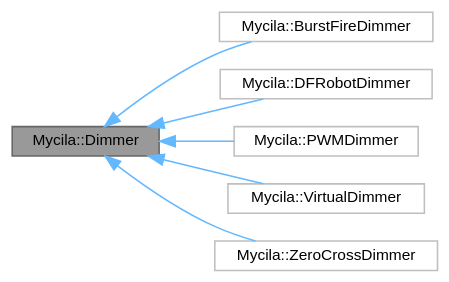
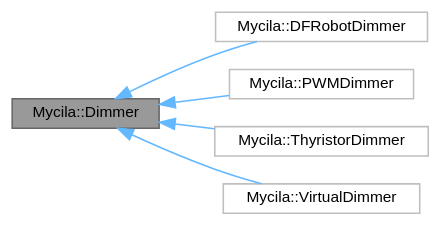
One commit to mathieucarbou/MycilaDimmer changed the diagram in docs/api/class_mycila_1_1_dimmer__inherit__graph.dot. Above: the diagram before and after it, drawn with Graphviz. The commit also changed 54 other files, not shown here.

```diff
--- a/docs/api/class_mycila_1_1_dimmer__inherit__graph.dot
+++ b/docs/api/class_mycila_1_1_dimmer__inherit__graph.dot
@@ -1,19 +1,17 @@
 digraph "Mycila::Dimmer"
 {
  // LATEX_PDF_SIZE
   bgcolor="transparent";
   edge [fontname=Helvetica,fontsize=10,labelfontname=Helvetica,labelfontsize=10];
   node [fontname=Helvetica,fontsize=10,shape=box,height=0.2,width=0.4];
   rankdir="LR";
   Node1 [id="Node000001",label="Mycila::Dimmer",height=0.2,width=0.4,color="gray40", fillcolor="grey60", style="filled", fontcolor="black",tooltip=" "];
   Node1 -> Node2 [id="edge1_Node000001_Node000002",dir="back",color="steelblue1",style="solid",tooltip=" "];
-  Node2 [id="Node000002",label="Mycila::BurstFireDimmer",height=0.2,width=0.4,color="grey75", fillcolor="white", style="filled",URL="$class_mycila_1_1_burst_fire_dimmer.html",tooltip=" "];
+  Node2 [id="Node000002",label="Mycila::DFRobotDimmer",height=0.2,width=0.4,color="grey75", fillcolor="white", style="filled",URL="$class_mycila_1_1_d_f_robot_dimmer.html",tooltip=" "];
   Node1 -> Node3 [id="edge2_Node000001_Node000003",dir="back",color="steelblue1",style="solid",tooltip=" "];
-  Node3 [id="Node000003",label="Mycila::DFRobotDimmer",height=0.2,width=0.4,color="grey75", fillcolor="white", style="filled",URL="$class_mycila_1_1_d_f_robot_dimmer.html",tooltip=" "];
+  Node3 [id="Node000003",label="Mycila::PWMDimmer",height=0.2,width=0.4,color="grey75", fillcolor="white", style="filled",URL="$class_mycila_1_1_p_w_m_dimmer.html",tooltip=" "];
   Node1 -> Node4 [id="edge3_Node000001_Node000004",dir="back",color="steelblue1",style="solid",tooltip=" "];
-  Node4 [id="Node000004",label="Mycila::PWMDimmer",height=0.2,width=0.4,color="grey75", fillcolor="white", style="filled",URL="$class_mycila_1_1_p_w_m_dimmer.html",tooltip=" "];
+  Node4 [id="Node000004",label="Mycila::ThyristorDimmer",height=0.2,width=0.4,color="grey75", fillcolor="white", style="filled",URL="$class_mycila_1_1_thyristor_dimmer.html",tooltip=" "];
   Node1 -> Node5 [id="edge4_Node000001_Node000005",dir="back",color="steelblue1",style="solid",tooltip=" "];
   Node5 [id="Node000005",label="Mycila::VirtualDimmer",height=0.2,width=0.4,color="grey75", fillcolor="white", style="filled",URL="$class_mycila_1_1_virtual_dimmer.html",tooltip=" "];
-  Node1 -> Node6 [id="edge5_Node000001_Node000006",dir="back",color="steelblue1",style="solid",tooltip=" "];
-  Node6 [id="Node000006",label="Mycila::ZeroCrossDimmer",height=0.2,width=0.4,color="grey75", fillcolor="white", style="filled",URL="$class_mycila_1_1_zero_cross_dimmer.html",tooltip=" "];
 }
```
